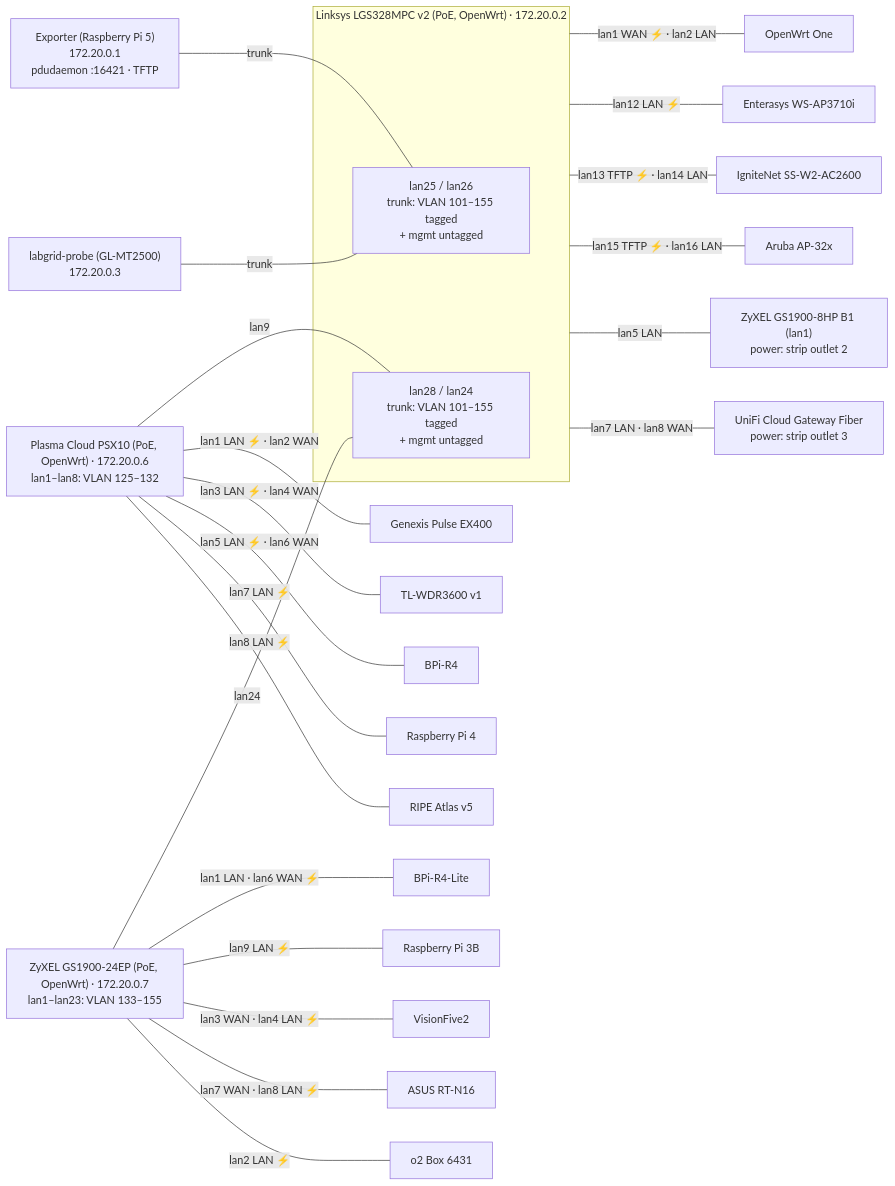
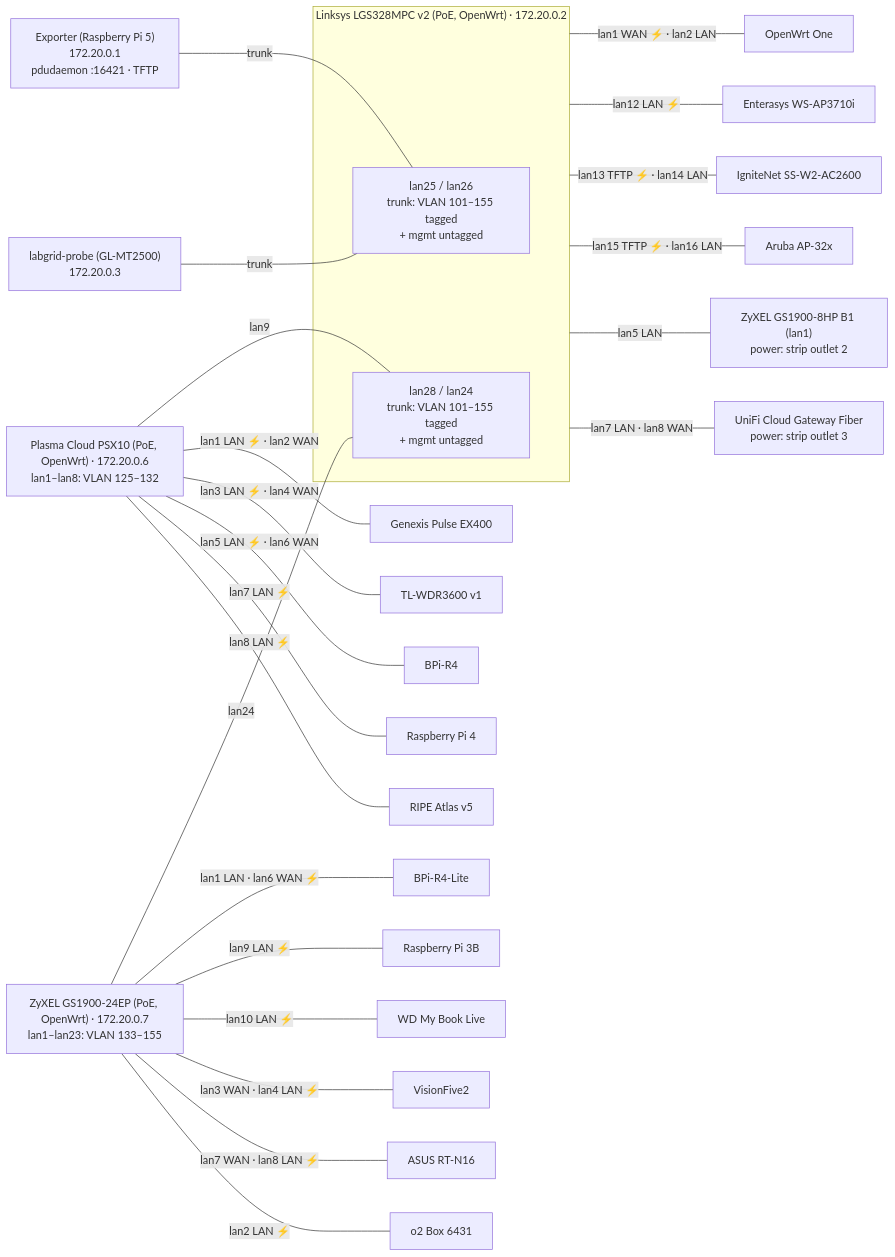
One commit to aparcar/openwrt-tests changed the first of 2 diagrams in labs/labgrid-aparcar/README.md. Above: the diagram before and after it, drawn with Mermaid. The commit also changed other lines of this file and 3 other files, not shown here.

First line of the commit message:
labs: aparcar: add the WD My Book Live on switch 3

````diff
--- a/labs/labgrid-aparcar/README.md
+++ b/labs/labgrid-aparcar/README.md
@@ -159,34 +159,35 @@
 ```mermaid
 flowchart LR
   EXP["Exporter (Raspberry Pi 5)<br/>172.20.0.1<br/>pdudaemon :16421 · TFTP"]
   PROBE["labgrid-probe (GL-MT2500)<br/>172.20.0.3"]
   SW2["Plasma Cloud PSX10 (PoE, OpenWrt) · 172.20.0.6<br/>lan1–lan8: VLAN 125–132"]
   SW3["ZyXEL GS1900-24EP (PoE, OpenWrt) · 172.20.0.7<br/>lan1–lan23: VLAN 133–155"]
 
   subgraph SW["Linksys LGS328MPC v2 (PoE, OpenWrt) · 172.20.0.2"]
     T["lan25 / lan26<br/>trunk: VLAN 101–155 tagged<br/>+ mgmt untagged"]
     U["lan28 / lan24<br/>trunk: VLAN 101–155 tagged<br/>+ mgmt untagged"]
   end
 
   EXP ---|trunk| T
   PROBE ---|trunk| T
   SW2 ---|lan9| U
   SW3 ---|lan24| U
 
   SW ---|"lan1 WAN ⚡ · lan2 LAN"| d1["OpenWrt One"]
   SW3 ---|"lan1 LAN · lan6 WAN ⚡"| d2["BPi-R4-Lite"]
   SW2 ---|"lan1 LAN ⚡ · lan2 WAN"| d3["Genexis Pulse EX400"]
   SW2 ---|"lan3 LAN ⚡ · lan4 WAN"| d4["TL-WDR3600 v1"]
   SW2 ---|"lan5 LAN ⚡ · lan6 WAN"| d5["BPi-R4"]
   SW2 ---|"lan7 LAN ⚡"| d6["Raspberry Pi 4"]
   SW ---|"lan12 LAN ⚡"| d7["Enterasys WS-AP3710i"]
   SW ---|"lan13 TFTP ⚡ · lan14 LAN"| d8["IgniteNet SS-W2-AC2600"]
   SW ---|"lan15 TFTP ⚡ · lan16 LAN"| d9["Aruba AP-32x"]
   SW3 ---|"lan9 LAN ⚡"| d10["Raspberry Pi 3B"]
+  SW3 ---|"lan10 LAN ⚡"| d17["WD My Book Live"]
   SW ---|"lan5 LAN"| d11["ZyXEL GS1900-8HP B1 (lan1)<br/>power: strip outlet 2"]
   SW3 ---|"lan3 WAN · lan4 LAN ⚡"| d12["VisionFive2"]
   SW2 ---|"lan8 LAN ⚡"| d13["RIPE Atlas v5"]
   SW3 ---|"lan7 WAN · lan8 LAN ⚡"| d14["ASUS RT-N16"]
   SW3 ---|"lan2 LAN ⚡"| d15["o2 Box 6431"]
   SW ---|"lan7 LAN · lan8 WAN"| d16["UniFi Cloud Gateway Fiber<br/>power: strip outlet 3"]
 ```
````
